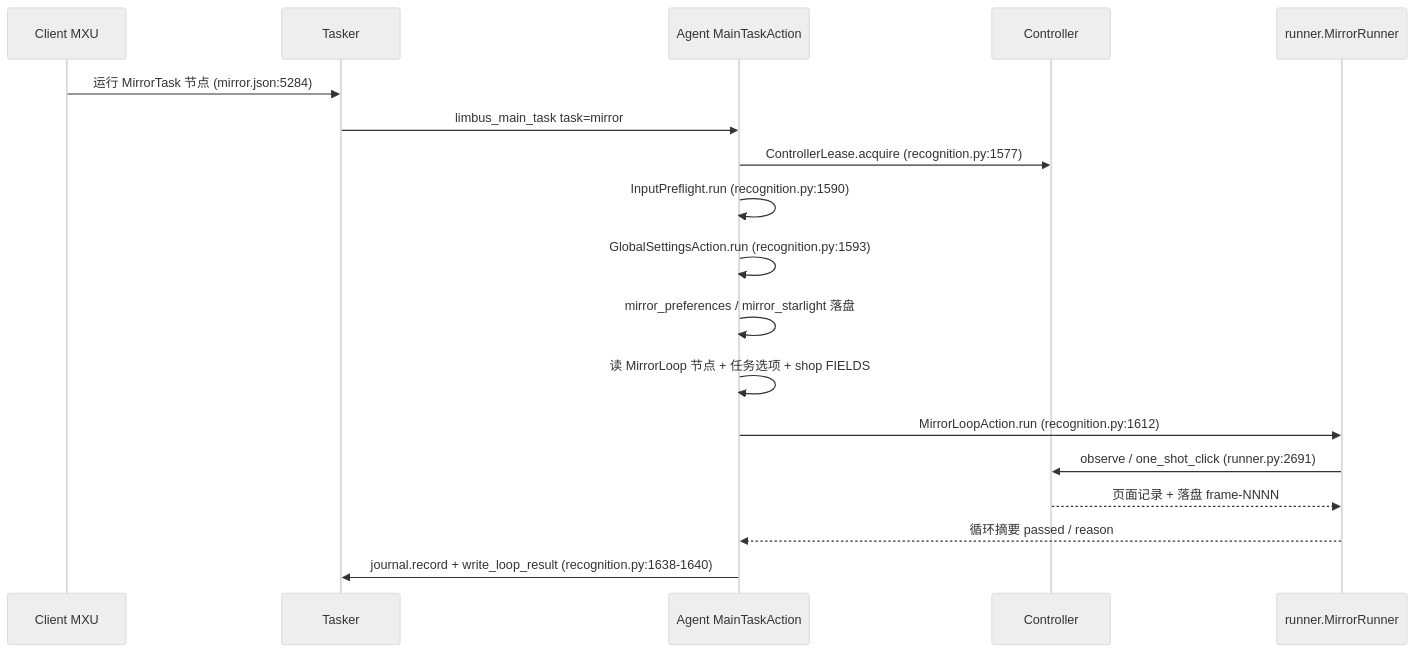
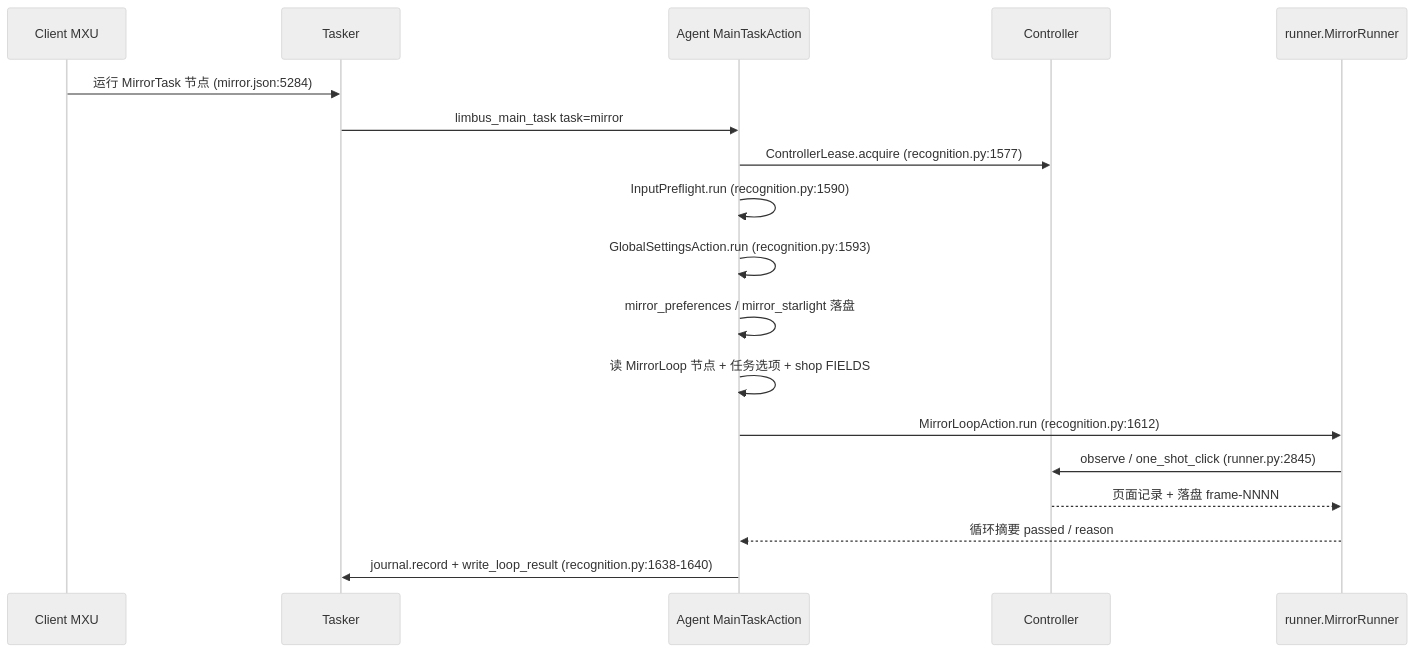
One commit to sairaisaika/MaaLimbus changed the third of 4 diagrams in docs/wiki/zh_cn/4-business-flows.md. Above: the diagram before and after it, drawn with Mermaid (neutral theme). The commit also changed other lines of this file and 28 other files, not shown here.

Commit message:
Fix entry reconciliation shadowing and document engineering diagram semantics

````diff
--- a/docs/wiki/zh_cn/4-business-flows.md
+++ b/docs/wiki/zh_cn/4-business-flows.md
@@ -104,20 +130,20 @@
 ```mermaid
 sequenceDiagram
   participant MXU as Client MXU
   participant Tasker as Tasker
   participant Agent as Agent MainTaskAction
   participant Ctrl as Controller
   participant Runner as runner.MirrorRunner
   MXU->>Tasker: 运行 MirrorTask 节点 (mirror.json:5284)
   Tasker->>Agent: limbus_main_task task=mirror
   Agent->>Ctrl: ControllerLease.acquire (recognition.py:1577)
   Agent->>Agent: InputPreflight.run (recognition.py:1590)
   Agent->>Agent: GlobalSettingsAction.run (recognition.py:1593)
   Agent->>Agent: mirror_preferences / mirror_starlight 落盘
   Agent->>Agent: 读 MirrorLoop 节点 + 任务选项 + shop FIELDS
   Agent->>Runner: MirrorLoopAction.run (recognition.py:1612)
-  Runner->>Ctrl: observe / one_shot_click (runner.py:2691)
+  Runner->>Ctrl: observe / one_shot_click (runner.py:2845)
   Ctrl-->>Runner: 页面记录 + 落盘 frame-NNNN
   Runner-->>Agent: 循环摘要 passed / reason
   Agent->>Tasker: journal.record + write_loop_result (recognition.py:1638-1640)
 ```
````
